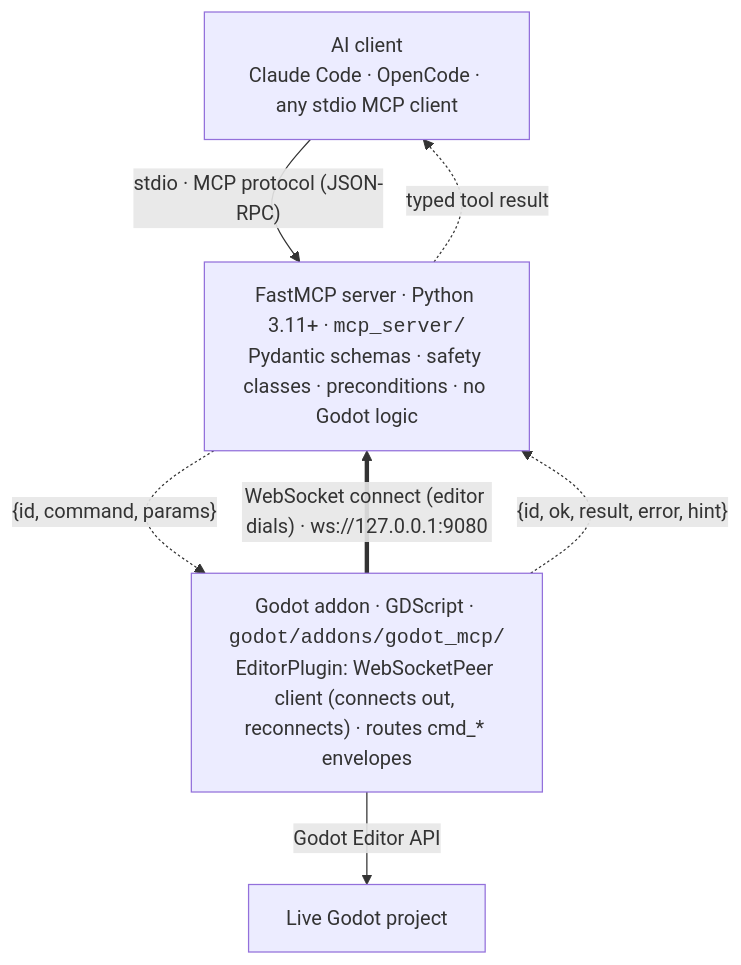
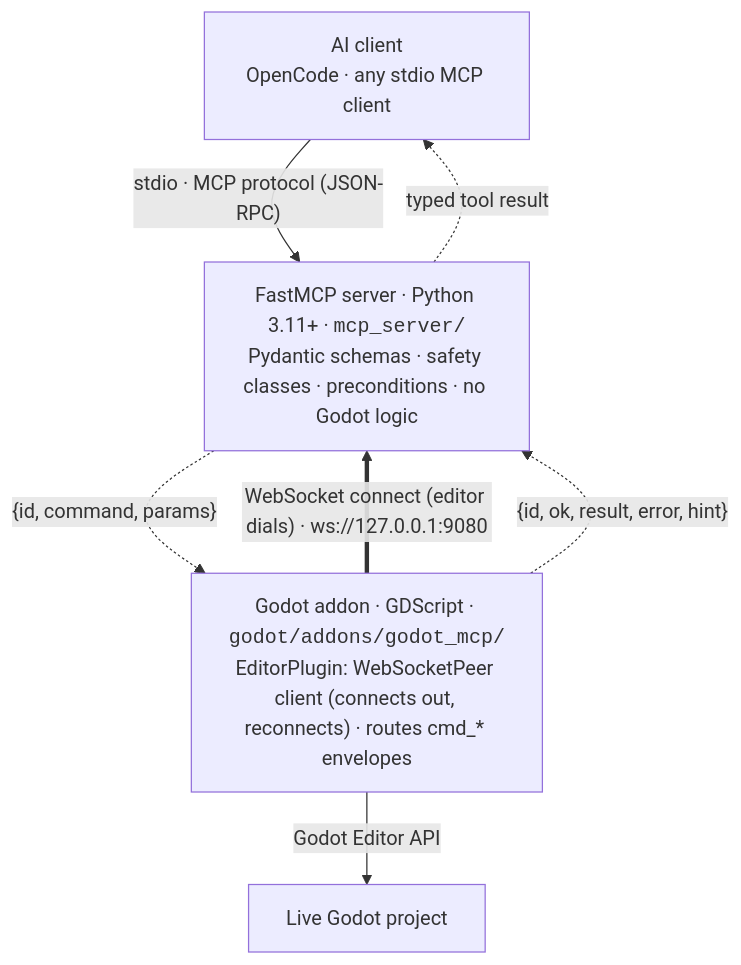
The first of 2 diagrams in README.md (MuhamadBarzani/godot-mcp), drawn with Mermaid before and after one commit. The commit also changed other lines of this file and 3 other files, not shown here.

First line of the commit message:
chore: remove all Claude Code references and .mcp.json

````diff
--- a/README.md
+++ b/README.md
@@ -720,13 +707,13 @@
 ```mermaid
 flowchart TD
-    AI["AI client<br/>Claude Code · OpenCode · any stdio MCP client"]
+    AI["AI client<br/>OpenCode · any stdio MCP client"]
     SRV["FastMCP server · Python 3.11+ · <code>mcp_server/</code><br/>Pydantic schemas · safety classes · preconditions · no Godot logic"]
     ADDON["Godot addon · GDScript · <code>godot/addons/godot_mcp/</code><br/>EditorPlugin: WebSocketPeer client (connects out, reconnects) · routes cmd_* envelopes"]
     PROJ["Live Godot project"]
     AI -->|"stdio · MCP protocol (JSON-RPC)"| SRV
     ADDON ==>|"WebSocket connect (editor dials) · ws://127.0.0.1:9080"| SRV
     SRV -.->|"{id, command, params}"| ADDON
     ADDON -->|"Godot Editor API"| PROJ
     ADDON -.->|"{id, ok, result, error, hint}"| SRV
     SRV -.->|"typed tool result"| AI
 ```
````
